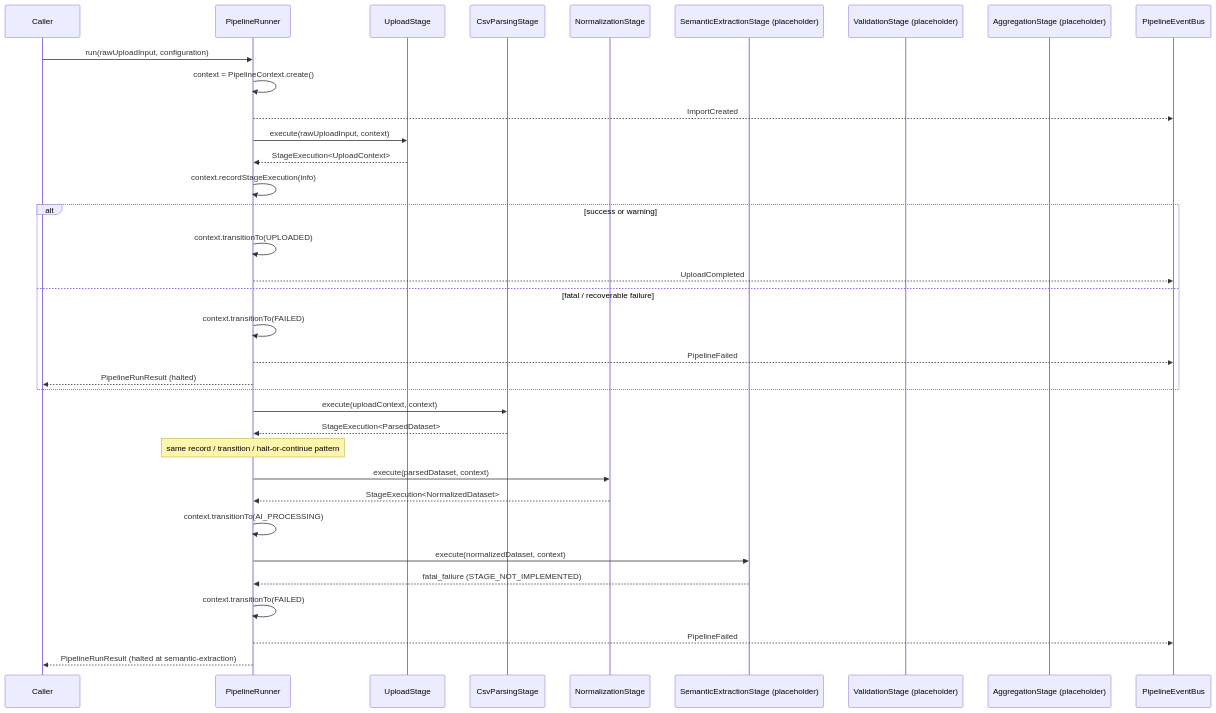
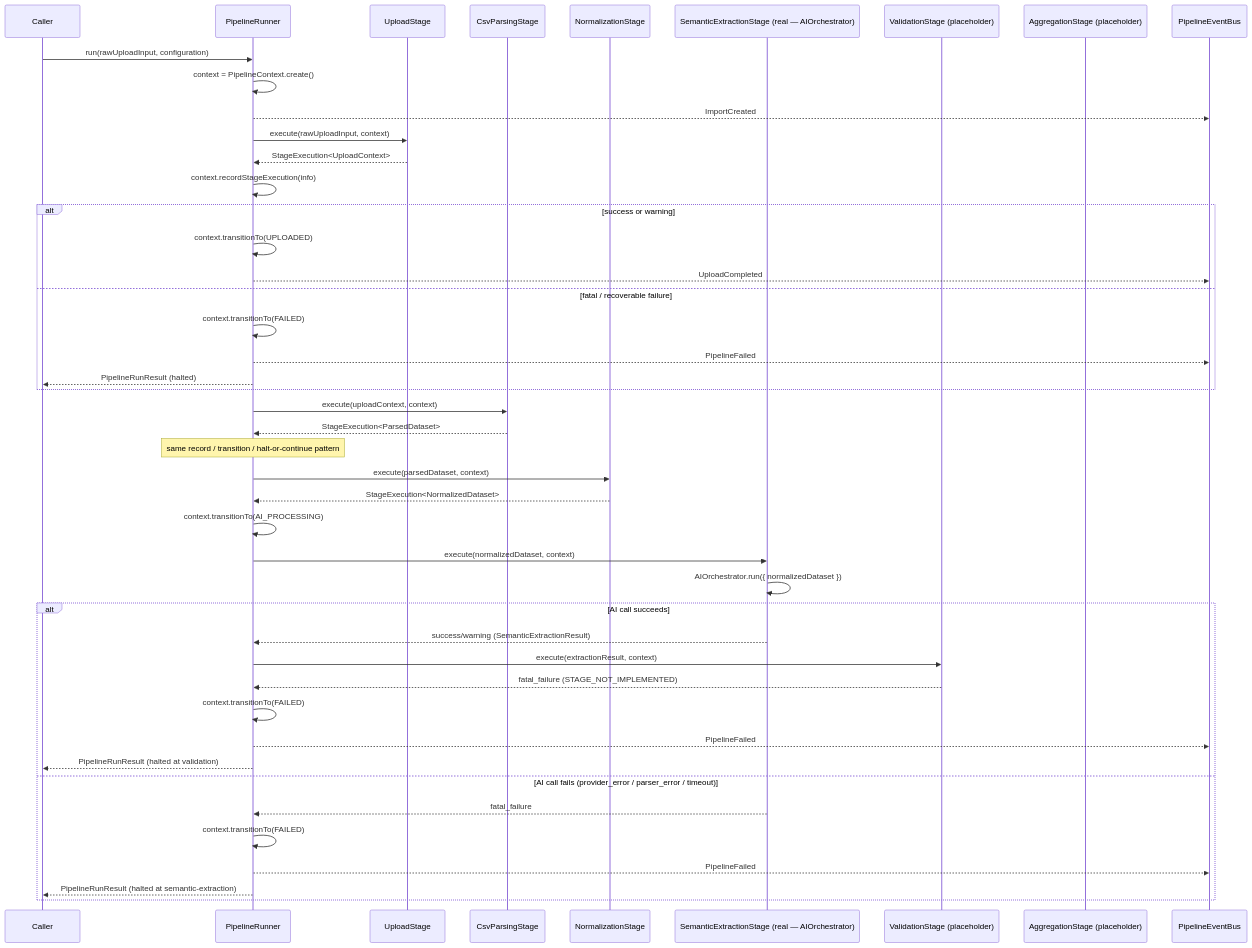
Before and after one commit to jayasati/AI-Data-Ingestion-Engine--AIDE-: the diagram in apps/api/src/pipeline/README.md, drawn with Mermaid. The commit also changed other lines of this file and 3 other files, not shown here.

````diff
--- a/apps/api/src/pipeline/README.md
+++ b/apps/api/src/pipeline/README.md
@@ -64,42 +68,52 @@
 ```mermaid
 sequenceDiagram
     participant Caller
     participant Runner as PipelineRunner
     participant Upload as UploadStage
     participant Parse as CsvParsingStage
     participant Normalize as NormalizationStage
-    participant Extract as SemanticExtractionStage (placeholder)
+    participant Extract as SemanticExtractionStage (real — AIOrchestrator)
     participant Validate as ValidationStage (placeholder)
     participant Aggregate as AggregationStage (placeholder)
     participant Bus as PipelineEventBus
 
     Caller->>Runner: run(rawUploadInput, configuration)
     Runner->>Runner: context = PipelineContext.create()
     Runner-->>Bus: ImportCreated
 
     Runner->>Upload: execute(rawUploadInput, context)
     Upload-->>Runner: StageExecution<UploadContext>
     Runner->>Runner: context.recordStageExecution(info)
     alt success or warning
         Runner->>Runner: context.transitionTo(UPLOADED)
         Runner-->>Bus: UploadCompleted
     else fatal / recoverable failure
         Runner->>Runner: context.transitionTo(FAILED)
         Runner-->>Bus: PipelineFailed
         Runner-->>Caller: PipelineRunResult (halted)
     end
 
     Runner->>Parse: execute(uploadContext, context)
     Parse-->>Runner: StageExecution<ParsedDataset>
     Note over Runner: same record / transition / halt-or-continue pattern
 
     Runner->>Normalize: execute(parsedDataset, context)
     Normalize-->>Runner: StageExecution<NormalizedDataset>
 
     Runner->>Runner: context.transitionTo(AI_PROCESSING)
     Runner->>Extract: execute(normalizedDataset, context)
-    Extract-->>Runner: fatal_failure (STAGE_NOT_IMPLEMENTED)
-    Runner->>Runner: context.transitionTo(FAILED)
-    Runner-->>Bus: PipelineFailed
-    Runner-->>Caller: PipelineRunResult (halted at semantic-extraction)
+    Extract->>Extract: AIOrchestrator.run({ normalizedDataset })
+    alt AI call succeeds
+        Extract-->>Runner: success/warning (SemanticExtractionResult)
+        Runner->>Validate: execute(extractionResult, context)
+        Validate-->>Runner: fatal_failure (STAGE_NOT_IMPLEMENTED)
+        Runner->>Runner: context.transitionTo(FAILED)
+        Runner-->>Bus: PipelineFailed
+        Runner-->>Caller: PipelineRunResult (halted at validation)
+    else AI call fails (provider_error / parser_error / timeout)
+        Extract-->>Runner: fatal_failure
+        Runner->>Runner: context.transitionTo(FAILED)
+        Runner-->>Bus: PipelineFailed
+        Runner-->>Caller: PipelineRunResult (halted at semantic-extraction)
+    end
 ```
````
